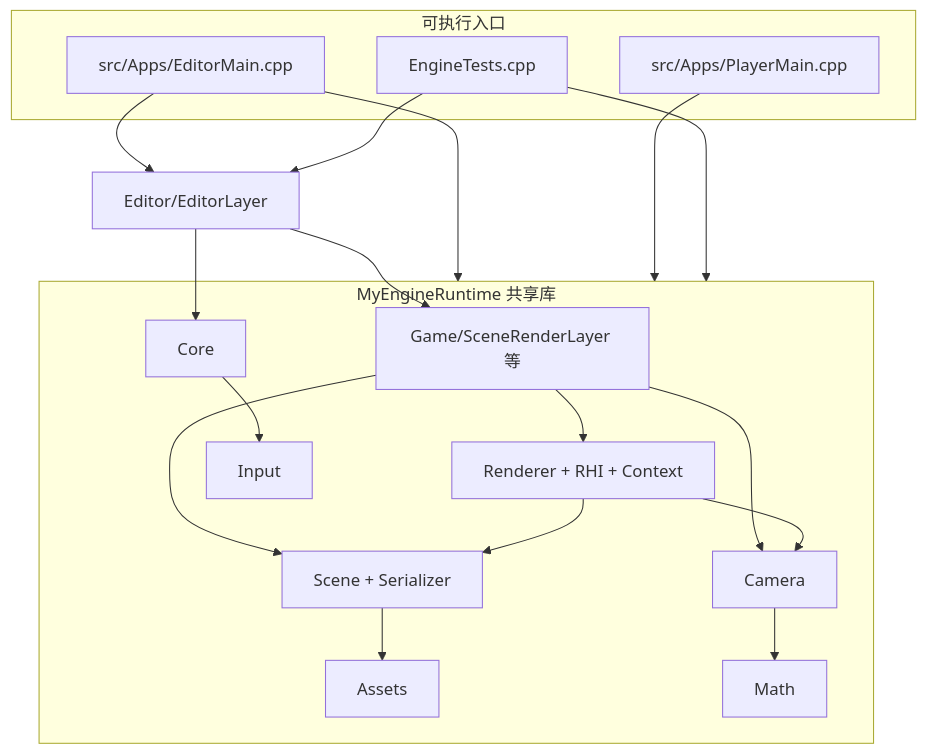
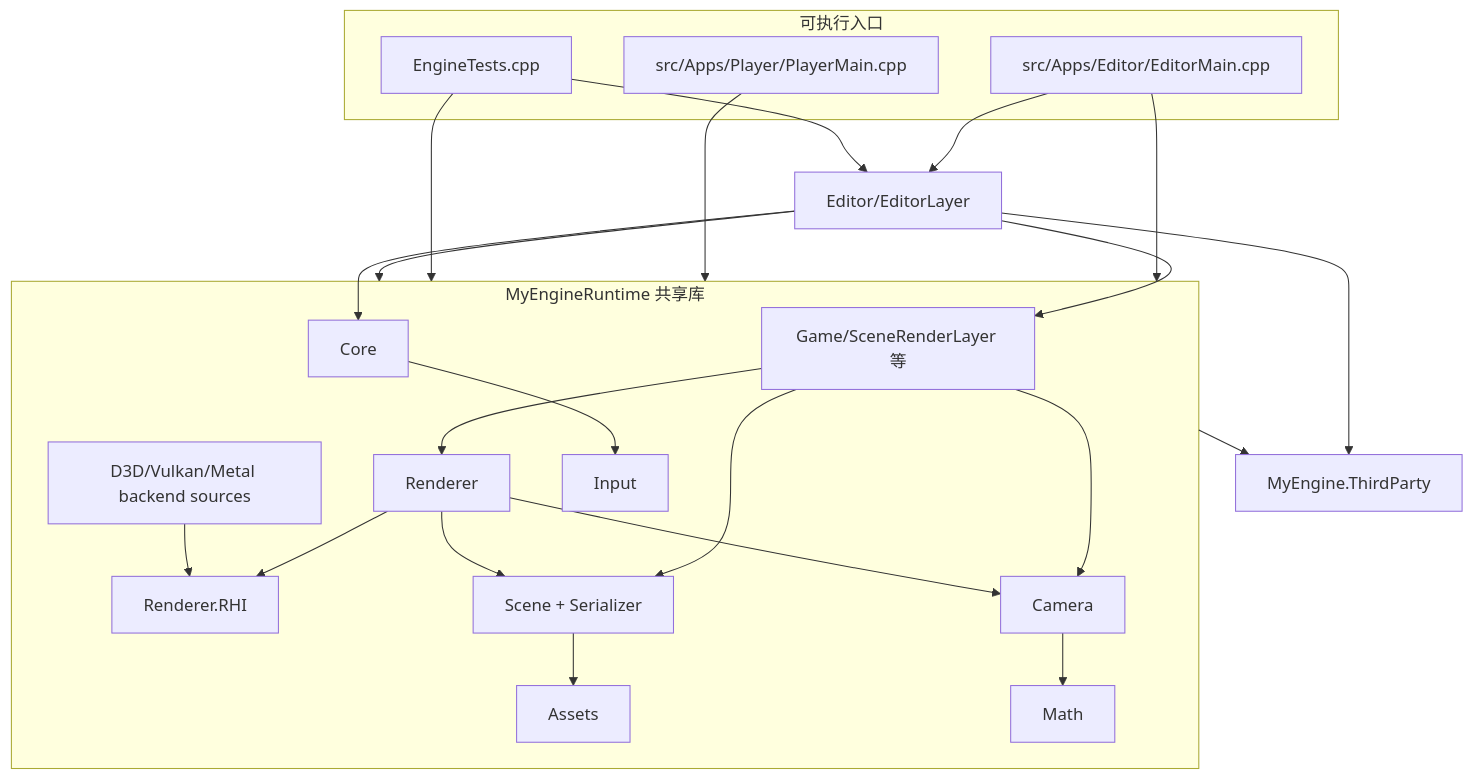
The first of 5 diagrams in design.md (bladesero/MyEngine), drawn with Mermaid before and after one commit. The commit also changed other lines of this file and 313 other files, not shown here.

First line of the commit message:
ci: extend CI with Vulkan, Metal, and minimum xmake builds

````diff
--- a/design.md
+++ b/design.md
@@ -92,36 +93,43 @@
 ```mermaid
 flowchart TB
     subgraph apps [可执行入口]
-        EditorExe[src/Apps/EditorMain.cpp]
-        PlayerExe[src/Apps/PlayerMain.cpp]
+        EditorExe[src/Apps/Editor/EditorMain.cpp]
+        PlayerExe[src/Apps/Player/PlayerMain.cpp]
         TestsExe[EngineTests.cpp]
     end
 
     subgraph runtime_dll [MyEngineRuntime 共享库]
         Game[Game/SceneRenderLayer 等]
-        R[Renderer + RHI + Context]
+        R[Renderer]
+        RHI[Renderer.RHI]
+        Backend[D3D/Vulkan/Metal backend sources]
         Cam[Camera]
         Sc[Scene + Serializer]
         Ast[Assets]
         Core[Core]
         Inp[Input]
         Math[Math]
     end
 
     EditorExe --> runtime_dll
     PlayerExe --> runtime_dll
     TestsExe --> runtime_dll
 
     EditorExe --> Editor[Editor/EditorLayer]
     TestsExe --> Editor
+    Editor --> runtime_dll
+    Editor --> ThirdParty[MyEngine.ThirdParty]
+    runtime_dll --> ThirdParty
     Editor --> Game
     Editor --> Core
     Game --> Sc
     Game --> R
     Game --> Cam
     R --> Sc
     R --> Cam
+    R --> RHI
+    Backend --> RHI
     Sc --> Ast
     Cam --> Math
     Core --> Inp
 ```
````
